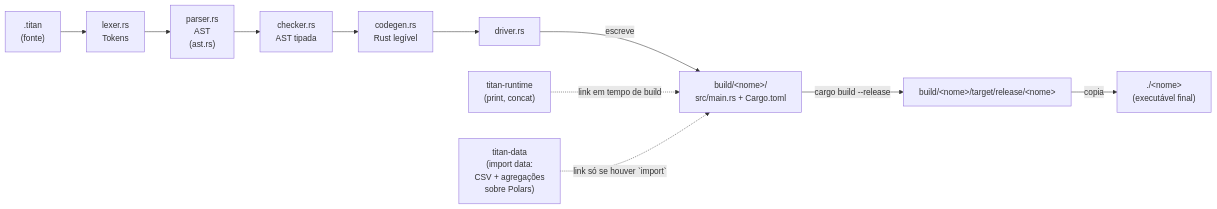
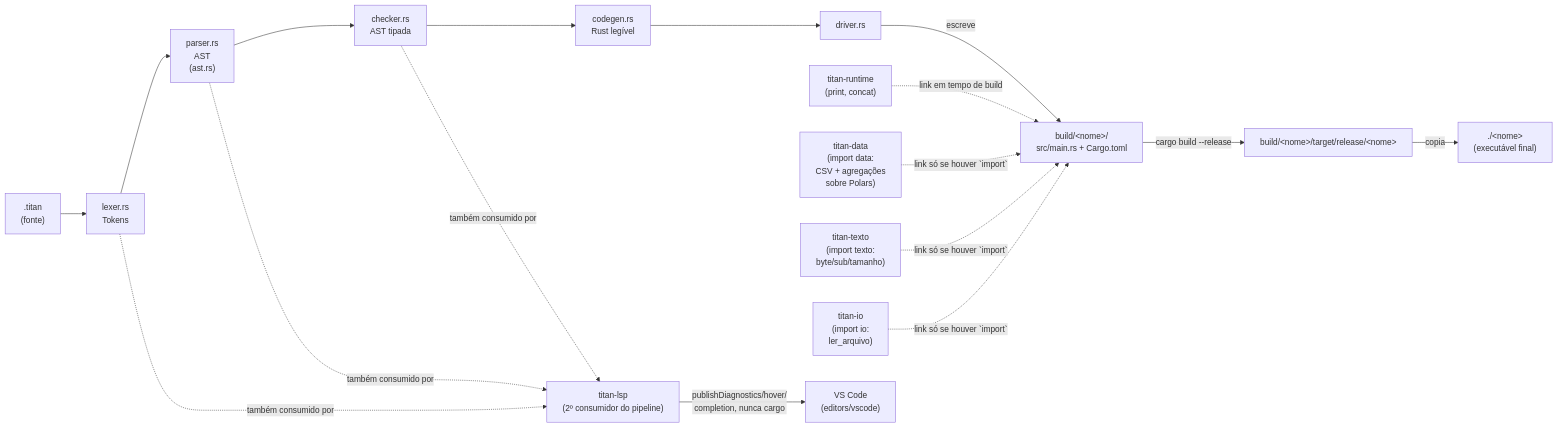
The diagram in docs/arquitetura.md (leocampra/titan-rust), drawn with Mermaid before and after one commit. The commit also changed other lines of this file and 8 other files, not shown here.

````diff
--- a/docs/arquitetura.md
+++ b/docs/arquitetura.md
@@ -5,14 +5,21 @@
 ```mermaid
 flowchart LR
     src[".titan\n(fonte)"] --> lexer["lexer.rs\nTokens"]
     lexer --> parser["parser.rs\nAST\n(ast.rs)"]
     parser --> checker["checker.rs\nAST tipada"]
     checker --> codegen["codegen.rs\nRust legível"]
     codegen --> driver["driver.rs"]
     driver -->|escreve| proj["build/&lt;nome&gt;/\nsrc/main.rs + Cargo.toml"]
     proj -->|cargo build --release| bin["build/&lt;nome&gt;/target/release/&lt;nome&gt;"]
     bin -->|copia| out["./&lt;nome&gt;\n(executável final)"]
 
     rt["titan-runtime\n(print, concat)"] -.link em tempo de build.-> proj
     data["titan-data\n(import data:\nCSV + agregações\nsobre Polars)"] -.link só se houver `import`.-> proj
+    texto["titan-texto\n(import texto:\nbyte/sub/tamanho)"] -.link só se houver `import`.-> proj
+    io["titan-io\n(import io:\nler_arquivo)"] -.link só se houver `import`.-> proj
+
+    checker -.também consumido por.-> lsp["titan-lsp\n(2º consumidor do pipeline)"]
+    lexer -.também consumido por.-> lsp
+    parser -.também consumido por.-> lsp
+    lsp -->|publishDiagnostics/hover/\ncompletion, nunca cargo| editor["VS Code\n(editors/vscode)"]
 ```
````
